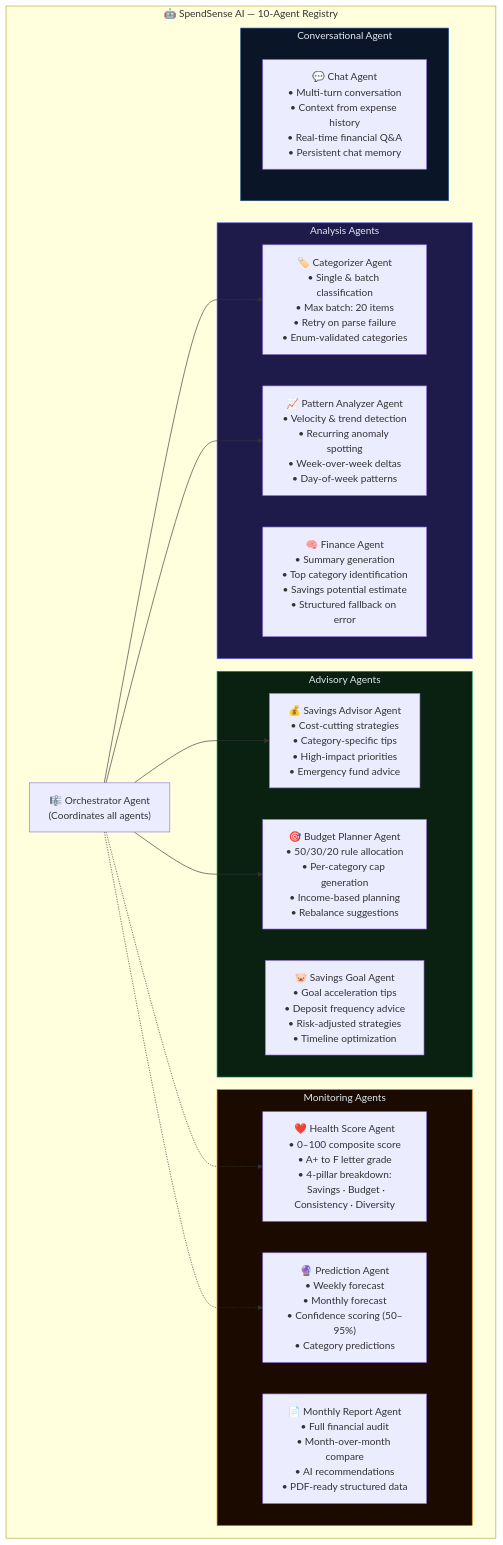
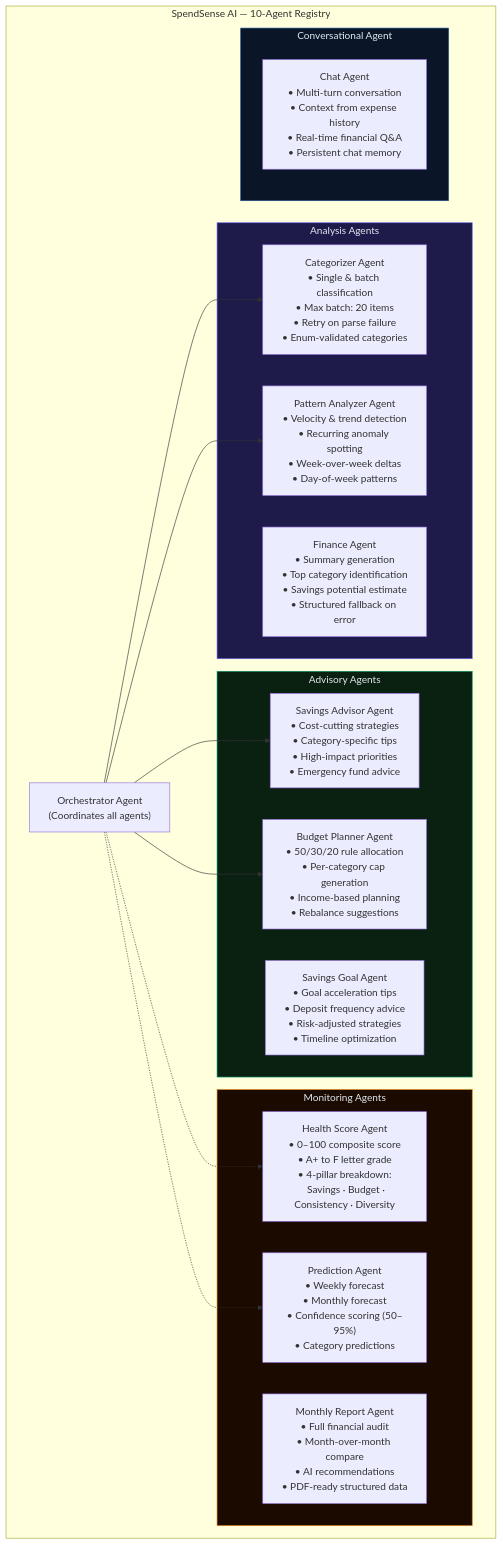
The tenth of 20 diagrams in ARCHITECTURE.md (mjjaiavinash/Multi-Agent-Personal-Finance-Companion), drawn with Mermaid before and after one commit. The commit also changed other lines of this file and 2 other files, not shown here.

Commit message:
Remove emojis from README, PRESENTATION, and ARCHITECTURE documentation

````diff
--- a/ARCHITECTURE.md
+++ b/ARCHITECTURE.md
@@ -457,42 +457,42 @@
 ```mermaid
 graph TB
-    subgraph REGISTRY["🤖 SpendSense AI — 10-Agent Registry"]
+    subgraph REGISTRY["SpendSense AI — 10-Agent Registry"]
 
         subgraph ANALYSIS["Analysis Agents"]
-            CAT["🏷️ Categorizer Agent\n• Single & batch classification\n• Max batch: 20 items\n• Retry on parse failure\n• Enum-validated categories"]
-            PAT["📈 Pattern Analyzer Agent\n• Velocity & trend detection\n• Recurring anomaly spotting\n• Week-over-week deltas\n• Day-of-week patterns"]
-            FIN["🧠 Finance Agent\n• Summary generation\n• Top category identification\n• Savings potential estimate\n• Structured fallback on error"]
+            CAT["Categorizer Agent\n• Single & batch classification\n• Max batch: 20 items\n• Retry on parse failure\n• Enum-validated categories"]
+            PAT["Pattern Analyzer Agent\n• Velocity & trend detection\n• Recurring anomaly spotting\n• Week-over-week deltas\n• Day-of-week patterns"]
+            FIN["Finance Agent\n• Summary generation\n• Top category identification\n• Savings potential estimate\n• Structured fallback on error"]
         end
 
         subgraph ADVISORY["Advisory Agents"]
-            SAV["💰 Savings Advisor Agent\n• Cost-cutting strategies\n• Category-specific tips\n• High-impact priorities\n• Emergency fund advice"]
-            BUDG["🎯 Budget Planner Agent\n• 50/30/20 rule allocation\n• Per-category cap generation\n• Income-based planning\n• Rebalance suggestions"]
-            GOAL["🐷 Savings Goal Agent\n• Goal acceleration tips\n• Deposit frequency advice\n• Risk-adjusted strategies\n• Timeline optimization"]
+            SAV["Savings Advisor Agent\n• Cost-cutting strategies\n• Category-specific tips\n• High-impact priorities\n• Emergency fund advice"]
+            BUDG["Budget Planner Agent\n• 50/30/20 rule allocation\n• Per-category cap generation\n• Income-based planning\n• Rebalance suggestions"]
+            GOAL["Savings Goal Agent\n• Goal acceleration tips\n• Deposit frequency advice\n• Risk-adjusted strategies\n• Timeline optimization"]
         end
 
         subgraph MONITORING["Monitoring Agents"]
-            HS["❤️ Health Score Agent\n• 0–100 composite score\n• A+ to F letter grade\n• 4-pillar breakdown:\n  Savings · Budget · Consistency · Diversity"]
-            MR["📄 Monthly Report Agent\n• Full financial audit\n• Month-over-month compare\n• AI recommendations\n• PDF-ready structured data"]
-            PRED["🔮 Prediction Agent\n• Weekly forecast\n• Monthly forecast\n• Confidence scoring (50–95%)\n• Category predictions"]
+            HS["Health Score Agent\n• 0–100 composite score\n• A+ to F letter grade\n• 4-pillar breakdown:\n  Savings · Budget · Consistency · Diversity"]
+            MR["Monthly Report Agent\n• Full financial audit\n• Month-over-month compare\n• AI recommendations\n• PDF-ready structured data"]
+            PRED["Prediction Agent\n• Weekly forecast\n• Monthly forecast\n• Confidence scoring (50–95%)\n• Category predictions"]
         end
 
         subgraph CONVERSATIONAL["Conversational Agent"]
-            CHAT["💬 Chat Agent\n• Multi-turn conversation\n• Context from expense history\n• Real-time financial Q&A\n• Persistent chat memory"]
+            CHAT["Chat Agent\n• Multi-turn conversation\n• Context from expense history\n• Real-time financial Q&A\n• Persistent chat memory"]
         end
 
-        ORCH2["🎼 Orchestrator Agent\n(Coordinates all agents)"]
+        ORCH2["Orchestrator Agent\n(Coordinates all agents)"]
 
     end
 
     ORCH2 --> CAT
     ORCH2 --> PAT
     ORCH2 --> SAV
     ORCH2 --> BUDG
     ORCH2 -.-> HS
     ORCH2 -.-> PRED
 
     style ANALYSIS fill:#1e1b4b,stroke:#6366f1,color:#e2e8f0
     style ADVISORY fill:#0a2010,stroke:#059669,color:#e2e8f0
     style MONITORING fill:#1a0a00,stroke:#d97706,color:#e2e8f0
     style CONVERSATIONAL fill:#0a1628,stroke:#1e4d8c,color:#e2e8f0
 ```
````
